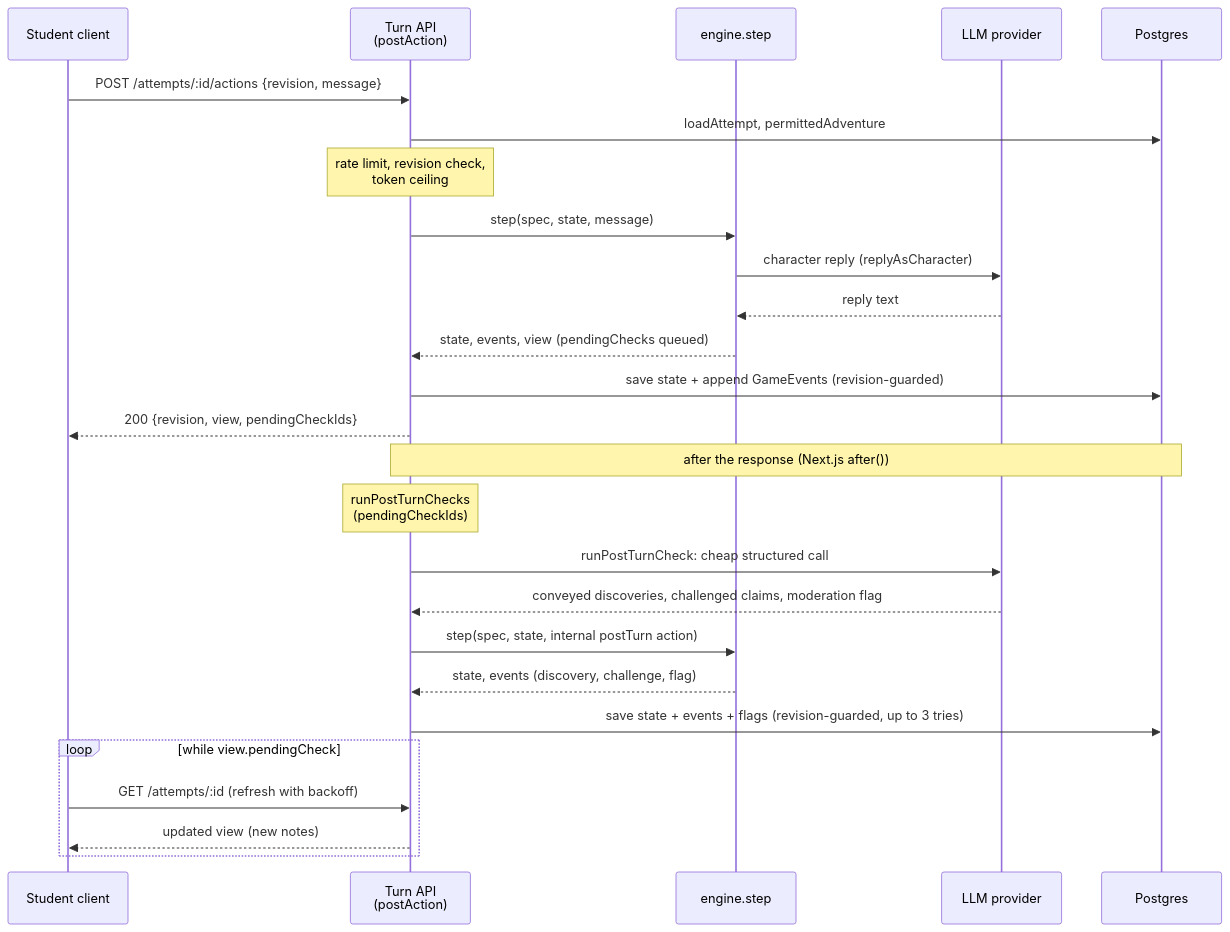
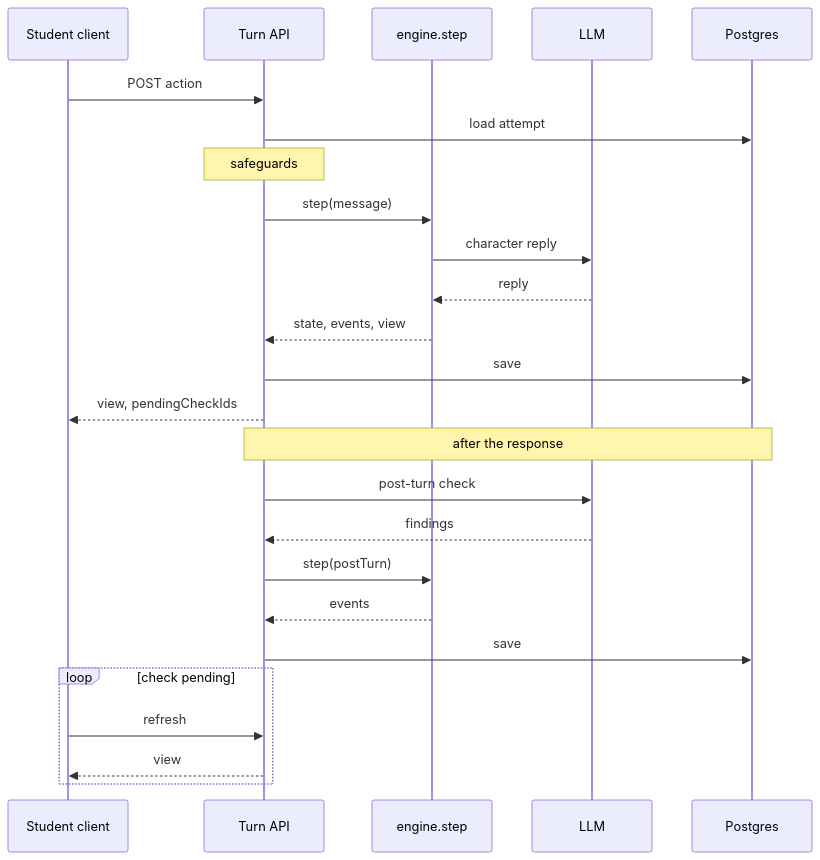
Before and after one commit to damiancxliew/CS3216_Assignment3: the diagram in docs/diagrams/d3-play-sequence.mmd, drawn with Mermaid. The commit also changed 20 other files, not shown here.

Commit message:
docs: restyle architecture diagrams, split D2b, move detail into NOTES.md

```diff
--- a/docs/diagrams/d3-play-sequence.mmd
+++ b/docs/diagrams/d3-play-sequence.mmd
@@ -1,30 +1,29 @@
-%% D3: one student message through the Turn API (apps/web/src/lib/play/v3/service.ts)
+%% D3: one student message through the Turn API. Step notes: NOTES.md
 sequenceDiagram
   participant C as Student client
-  participant API as Turn API<br/>(postAction)
+  participant API as Turn API
   participant ENG as engine.step
-  participant LLM as LLM provider
+  participant LLM as LLM
   participant DB as Postgres
 
-  C->>API: POST /attempts/:id/actions {revision, message}
-  API->>DB: loadAttempt, permittedAdventure
-  Note over API: rate limit, revision check,<br/>token ceiling
-  API->>ENG: step(spec, state, message)
-  ENG->>LLM: character reply (replyAsCharacter)
-  LLM-->>ENG: reply text
-  ENG-->>API: state, events, view (pendingChecks queued)
-  API->>DB: save state + append GameEvents (revision-guarded)
-  API-->>C: 200 {revision, view, pendingCheckIds}
+  C->>API: POST action
+  API->>DB: load attempt
+  Note over API: safeguards
+  API->>ENG: step(message)
+  ENG->>LLM: character reply
+  LLM-->>ENG: reply
+  ENG-->>API: state, events, view
+  API->>DB: save
+  API-->>C: view, pendingCheckIds
 
-  Note over API,DB: after the response (Next.js after())
-  Note over API: runPostTurnChecks<br/>(pendingCheckIds)
-  API->>LLM: runPostTurnCheck: cheap structured call
-  LLM-->>API: conveyed discoveries, challenged claims, moderation flag
-  API->>ENG: step(spec, state, internal postTurn action)
-  ENG-->>API: state, events (discovery, challenge, flag)
-  API->>DB: save state + events + flags (revision-guarded, up to 3 tries)
+  Note over API,DB: after the response
+  API->>LLM: post-turn check
+  LLM-->>API: findings
+  API->>ENG: step(postTurn)
+  ENG-->>API: events
+  API->>DB: save
 
-  loop while view.pendingCheck
-    C->>API: GET /attempts/:id (refresh with backoff)
-    API-->>C: updated view (new notes)
+  loop check pending
+    C->>API: refresh
+    API-->>C: view
   end
```
